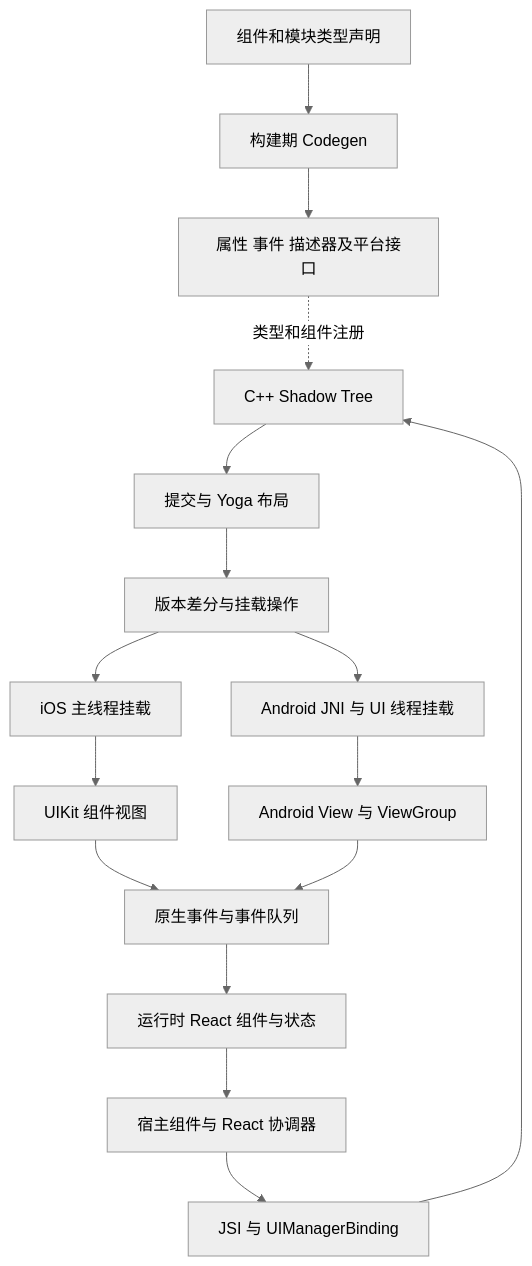
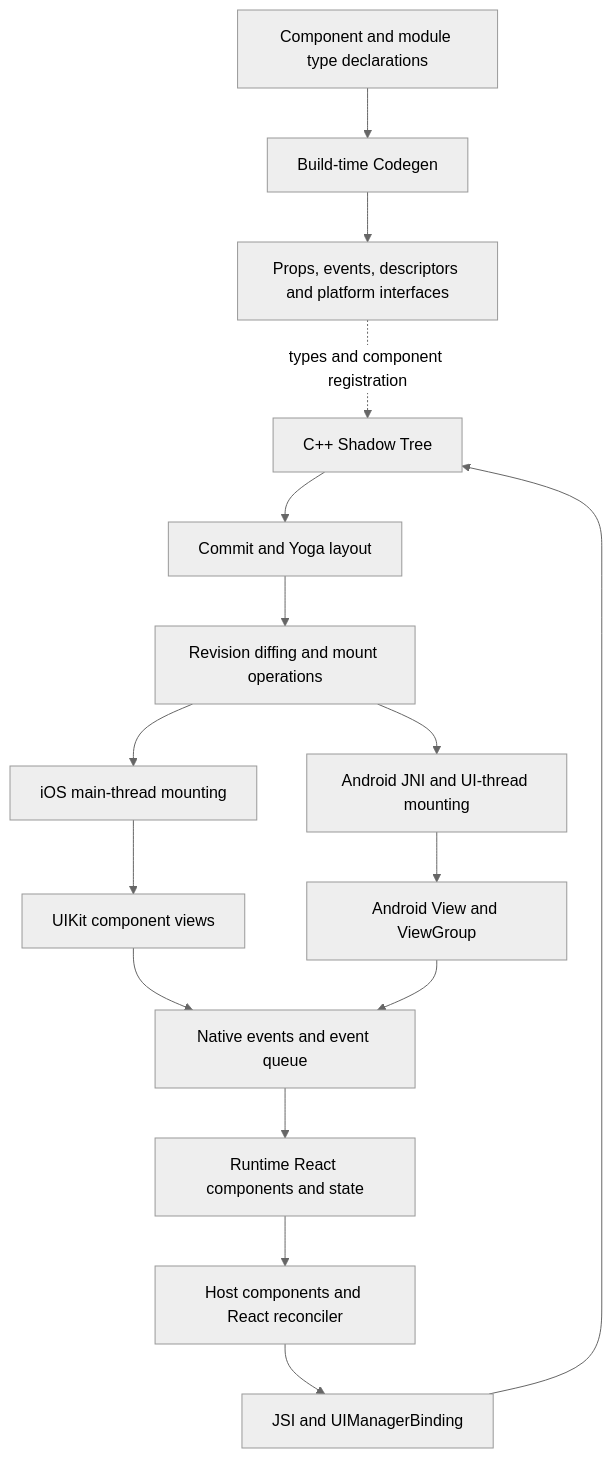
One commit to AimesSoft/Bern changed the diagram in Docs/Research/ReactNative.md. Above: the diagram before and after it, drawn with Mermaid (neutral theme). The commit also changed other lines of this file and 59 other files, not shown here.

````diff
--- a/Docs/Research/ReactNative.md
+++ b/Docs/Research/ReactNative.md
@@ -22,18 +24,18 @@
 ```mermaid
 flowchart TD
-    Spec[组件和模块类型声明] --> Codegen[构建期 Codegen]
-    Codegen --> Glue[属性 事件 描述器及平台接口]
-    JS[运行时 React 组件与状态] --> Host[宿主组件与 React 协调器]
-    Host --> JSI[JSI 与 UIManagerBinding]
+    Spec[Component and module type declarations] --> Codegen[Build-time Codegen]
+    Codegen --> Glue[Props, events, descriptors and platform interfaces]
+    JS[Runtime React components and state] --> Host[Host components and React reconciler]
+    Host --> JSI[JSI and UIManagerBinding]
     JSI --> Shadow[C++ Shadow Tree]
-    Glue -. 类型和组件注册 .-> Shadow
-    Shadow --> Commit[提交与 Yoga 布局]
-    Commit --> Diff[版本差分与挂载操作]
-    Diff --> Apple[iOS 主线程挂载]
-    Diff --> Android[Android JNI 与 UI 线程挂载]
-    Apple --> UIView[UIKit 组件视图]
-    Android --> AndroidView[Android View 与 ViewGroup]
-    UIView --> Events[原生事件与事件队列]
+    Glue -. types and component registration .-> Shadow
+    Shadow --> Commit[Commit and Yoga layout]
+    Commit --> Diff[Revision diffing and mount operations]
+    Diff --> Apple[iOS main-thread mounting]
+    Diff --> Android[Android JNI and UI-thread mounting]
+    Apple --> UIView[UIKit component views]
+    Android --> AndroidView[Android View and ViewGroup]
+    UIView --> Events[Native events and event queue]
     AndroidView --> Events
     Events --> JS
 ```
````
